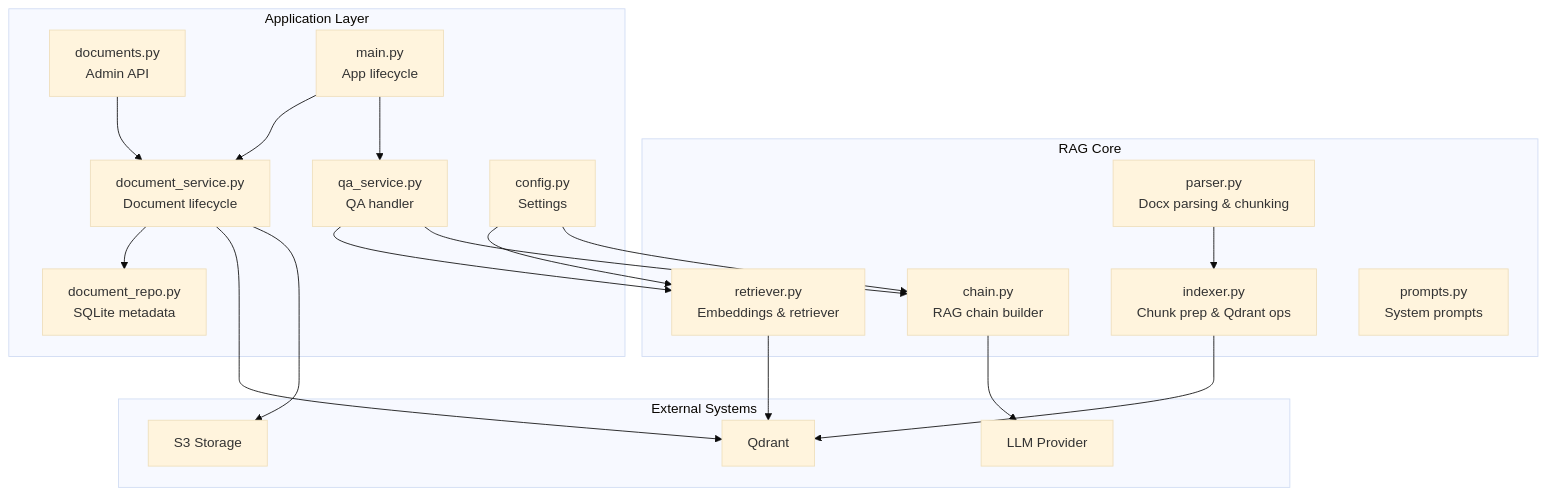
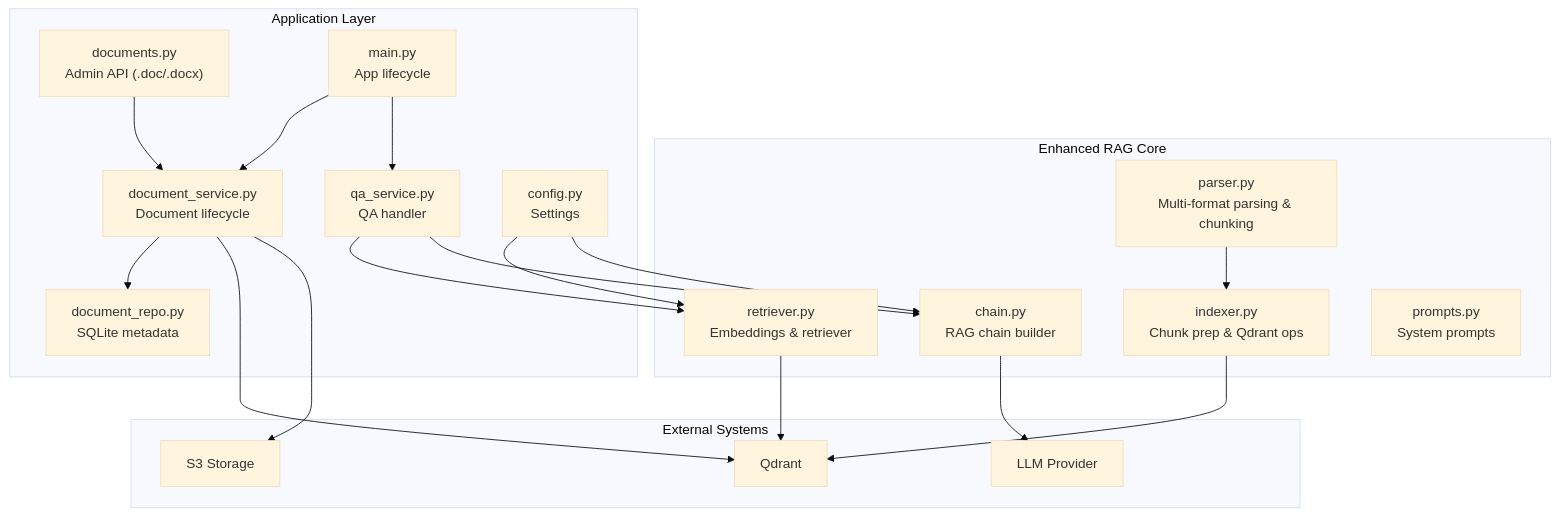
Before and after one commit to ognelis/cafetera_hr_bot: the first of 12 diagrams in .qoder/repowiki/en/content/RAG Integration/RAG Parser Enhancement.md, drawn with Mermaid (base theme). The commit also changed other lines of this file and 11 other files, not shown here.

````diff
--- a/.qoder/repowiki/en/content/RAG Integration/RAG Parser Enhancement.md
+++ b/.qoder/repowiki/en/content/RAG Integration/RAG Parser Enhancement.md
@@ -45,37 +56,37 @@
 ```mermaid
 graph TB
-subgraph "RAG Core"
-P["parser.py<br/>Docx parsing & chunking"]
+subgraph "Enhanced RAG Core"
+P["parser.py<br/>Multi-format parsing & chunking"]
 I["indexer.py<br/>Chunk prep & Qdrant ops"]
 R["retriever.py<br/>Embeddings & retriever"]
 C["chain.py<br/>RAG chain builder"]
 PR["prompts.py<br/>System prompts"]
 end
 subgraph "Application Layer"
 DS["document_service.py<br/>Document lifecycle"]
 DR["document_repo.py<br/>SQLite metadata"]
-API["documents.py<br/>Admin API"]
+API["documents.py<br/>Admin API (.doc/.docx)"]
 QA["qa_service.py<br/>QA handler"]
 CFG["config.py<br/>Settings"]
 MAIN["main.py<br/>App lifecycle"]
 end
 subgraph "External Systems"
 QD["Qdrant"]
 S3["S3 Storage"]
 LLM["LLM Provider"]
 end
 P --> I
 I --> QD
 R --> QD
 C --> LLM
 API --> DS
 DS --> DR
 DS --> QD
 DS --> S3
 QA --> R
 QA --> C
 MAIN --> DS
 MAIN --> QA
 CFG --> R
 CFG --> C
 ```
````
